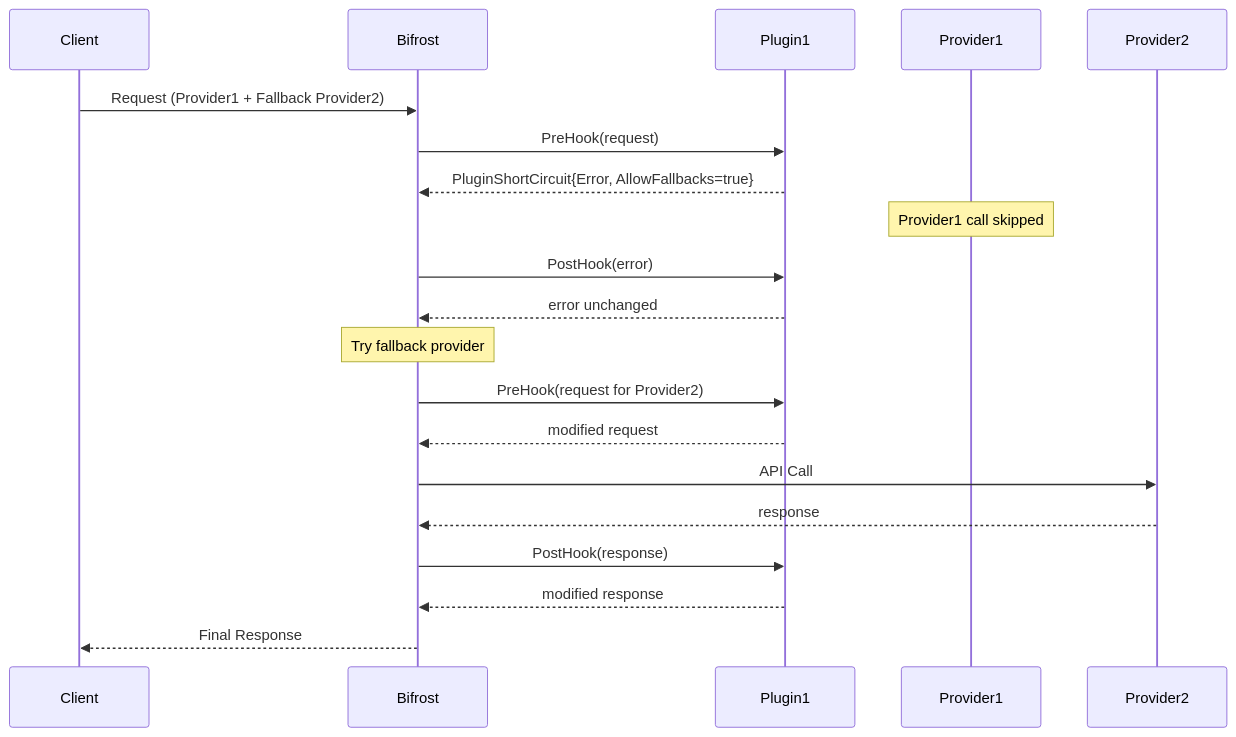
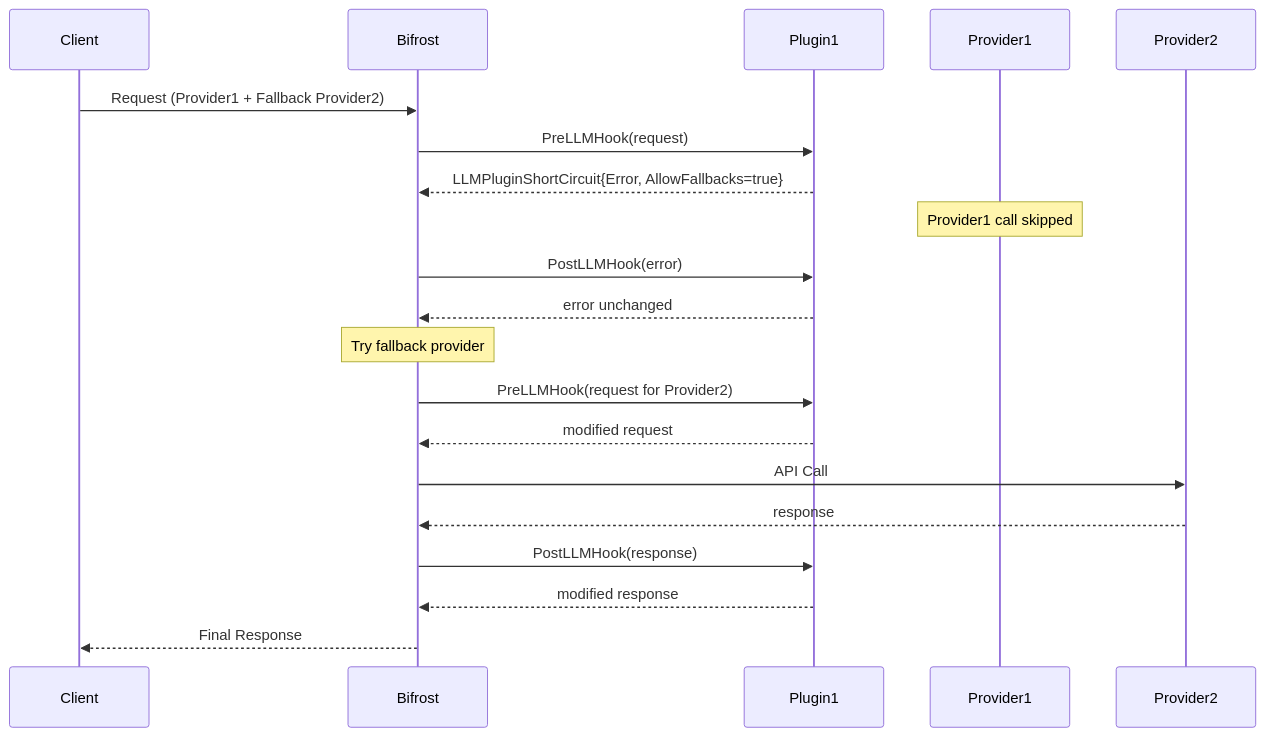
The sixth of 10 diagrams in docs/architecture/core/plugins.mdx (sammcj/bifrost), drawn with Mermaid before and after one commit. The commit also changed other lines of this file and 156 other files, not shown here.

Commit message:
feat: plugin schema extensions for mcp plugins

````diff
--- a/docs/architecture/core/plugins.mdx
+++ b/docs/architecture/core/plugins.mdx
@@ -269,24 +269,24 @@
 ```mermaid
 sequenceDiagram
     participant Client
     participant Bifrost
     participant Plugin1
     participant Provider1
     participant Provider2
 
     Client->>Bifrost: Request (Provider1 + Fallback Provider2)
-    Bifrost->>Plugin1: PreHook(request)
-    Plugin1-->>Bifrost: PluginShortCircuit{Error, AllowFallbacks=true}
+    Bifrost->>Plugin1: PreLLMHook(request)
+    Plugin1-->>Bifrost: LLMPluginShortCircuit{Error, AllowFallbacks=true}
     Note over Provider1: Provider1 call skipped
-    Bifrost->>Plugin1: PostHook(error)
+    Bifrost->>Plugin1: PostLLMHook(error)
     Plugin1-->>Bifrost: error unchanged
 
     Note over Bifrost: Try fallback provider
-    Bifrost->>Plugin1: PreHook(request for Provider2)
+    Bifrost->>Plugin1: PreLLMHook(request for Provider2)
     Plugin1-->>Bifrost: modified request
     Bifrost->>Provider2: API Call
     Provider2-->>Bifrost: response
-    Bifrost->>Plugin1: PostHook(response)
+    Bifrost->>Plugin1: PostLLMHook(response)
     Plugin1-->>Bifrost: modified response
     Bifrost-->>Client: Final Response
 ```
````
